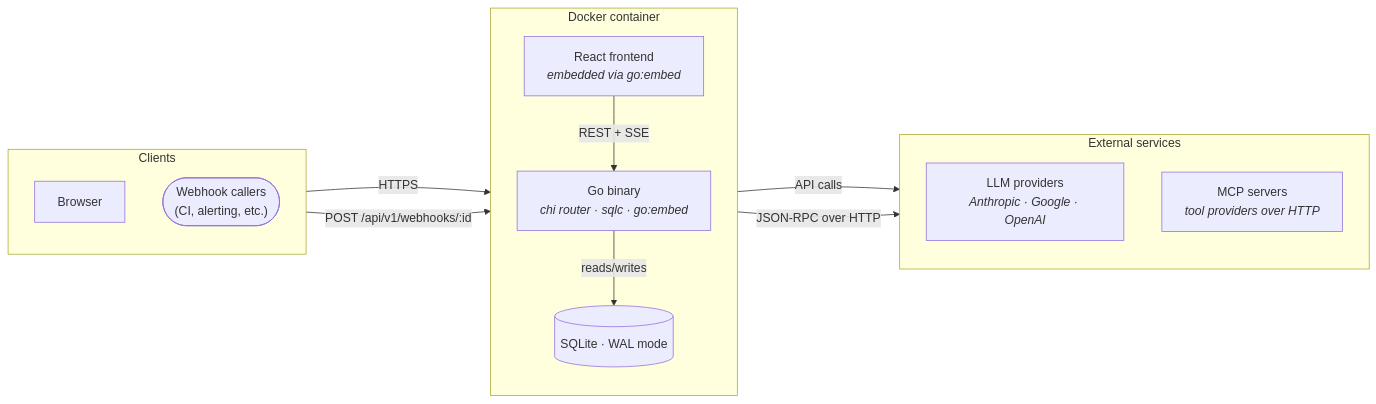
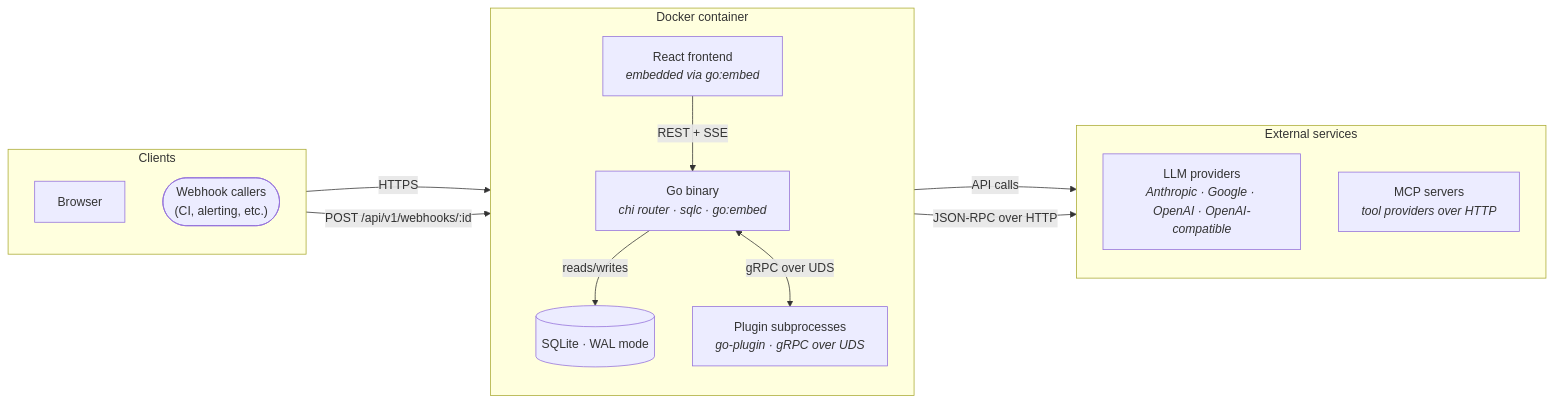
One commit to Felag-Engineering/gleipnir changed the diagram in docs/developer/diagrams/system-overview.md. Above: the diagram before and after it, drawn with Mermaid. The commit also changed 37 other files, not shown here.

````diff
--- a/docs/developer/diagrams/system-overview.md
+++ b/docs/developer/diagrams/system-overview.md
@@ -5,29 +5,31 @@
 ```mermaid
 graph LR
     subgraph clients["Clients"]
         direction TB
         BROWSER["Browser"]
         WEBHOOK_CLIENT(["Webhook callers<br/>(CI, alerting, etc.)"])
     end
 
     subgraph container["Docker container"]
         direction TB
         UI["React frontend<br/><i>embedded via go:embed</i>"]
         GO["Go binary<br/><i>chi router · sqlc · go:embed</i>"]
         SQLITE[("SQLite · WAL mode")]
+        PLUGINS["Plugin subprocesses<br/><i>go-plugin · gRPC over UDS</i>"]
 
         UI -->|"REST + SSE"| GO
         GO -->|reads/writes| SQLITE
+        GO <-->|"gRPC over UDS"| PLUGINS
     end
 
     subgraph external["External services"]
         direction TB
-        LLM_PROVIDERS["LLM providers<br/><i>Anthropic · Google · OpenAI</i>"]
+        LLM_PROVIDERS["LLM providers<br/><i>Anthropic · Google · OpenAI · OpenAI-compatible</i>"]
         MCP_SERVERS["MCP servers<br/><i>tool providers over HTTP</i>"]
     end
 
     BROWSER -->|"HTTPS"| UI
     WEBHOOK_CLIENT -->|"POST /api/v1/webhooks/:id"| GO
     GO -->|"API calls"| LLM_PROVIDERS
     GO -->|"JSON-RPC over HTTP"| MCP_SERVERS
 ```
````
